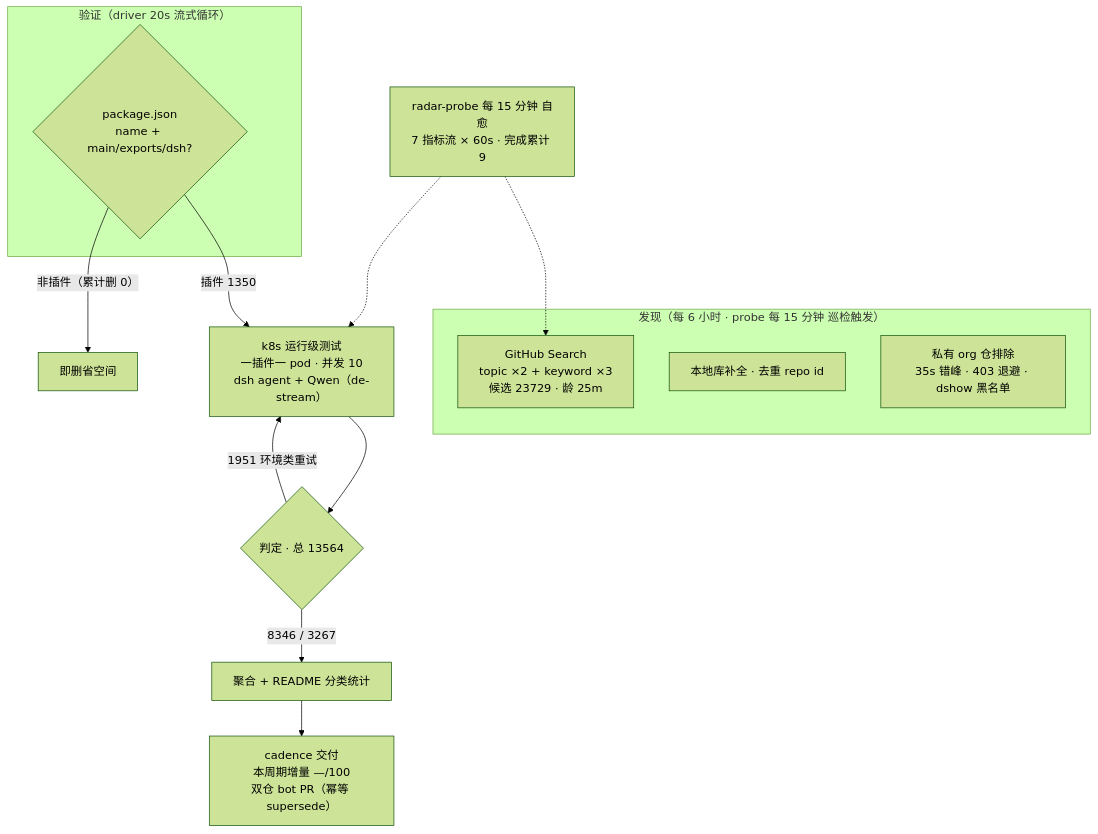
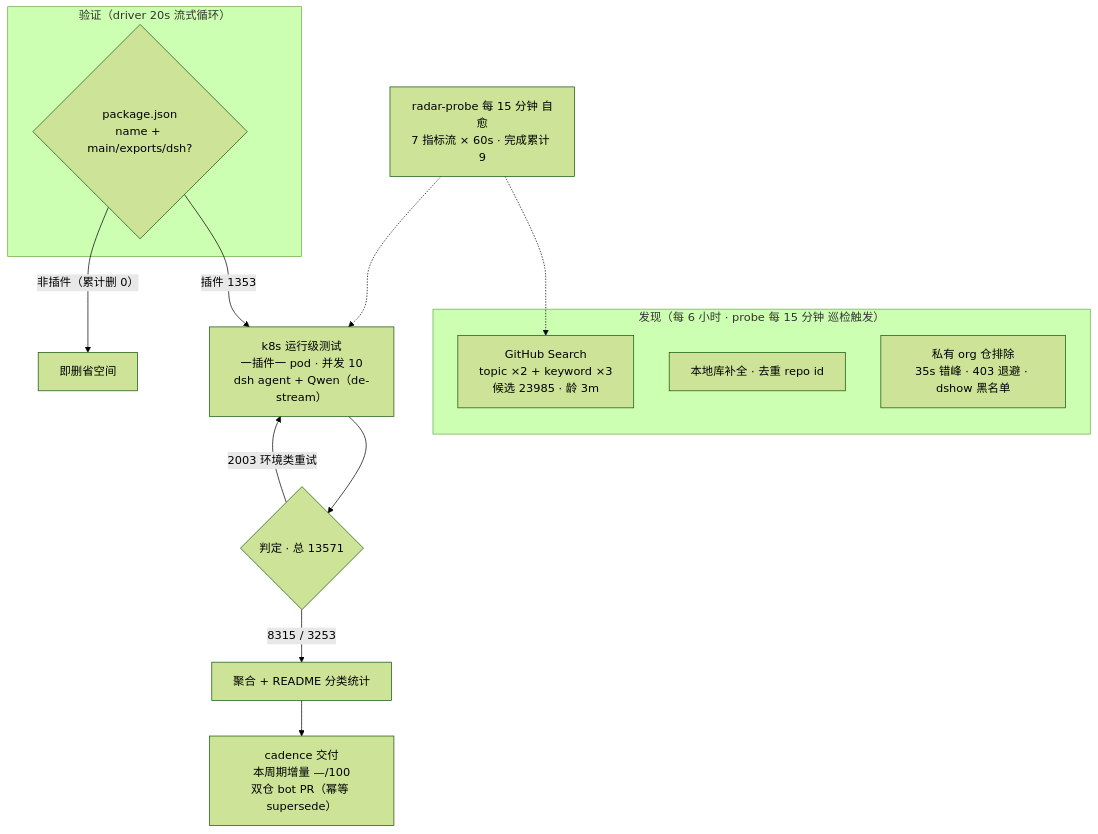
The diagram in README.md (AdamPlatin123/dsh-plugin-radar), drawn with Mermaid (forest theme) before and after one commit. The commit also changed other lines of this file and 17 other files, not shown here.

````diff
--- a/README.md
+++ b/README.md
@@ -90,20 +92,20 @@
 ```mermaid
 flowchart TB
     subgraph Discovery["发现（每 6 小时 · probe 每 15 分钟 巡检触发）"]
-        A1["GitHub Search<br/>topic ×2 + keyword ×3<br/>候选 23729 · 龄 25m"]
+        A1["GitHub Search<br/>topic ×2 + keyword ×3<br/>候选 23985 · 龄 3m"]
         A2["本地库补全 · 去重 repo id"]
         A3["私有 org 仓排除<br/>35s 错峰 · 403 退避 · dshow 黑名单"]
     end
     subgraph Validation["验证（driver 20s 流式循环）"]
         B1{"package.json<br/>name + main/exports/dsh?"}
     end
-    B1 -->|"插件 1350"| C1["k8s 运行级测试<br/>一插件一 pod · 并发 10<br/>dsh agent + Qwen（de-stream）"]
+    B1 -->|"插件 1353"| C1["k8s 运行级测试<br/>一插件一 pod · 并发 10<br/>dsh agent + Qwen（de-stream）"]
     B1 -->|"非插件（累计删 0）"| B3["即删省空间"]
-    C1 --> D1{"判定 · 总 13564"}
-    D1 -->|"8346 / 3267"| E1["聚合 + README 分类统计"]
-    D1 -->|"1951 环境类重试"| C1
+    C1 --> D1{"判定 · 总 13571"}
+    D1 -->|"8315 / 3253"| E1["聚合 + README 分类统计"]
+    D1 -->|"2003 环境类重试"| C1
     E1 --> E2["cadence 交付<br/>本周期增量 —/100<br/>双仓 bot PR（幂等 supersede）"]
     M["radar-probe 每 15 分钟 自愈<br/>7 指标流 × 60s · 完成累计 9"]
     M -.-> A1
     M -.-> C1
 ```
````
